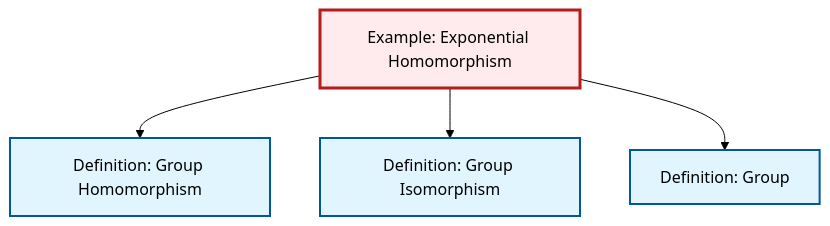
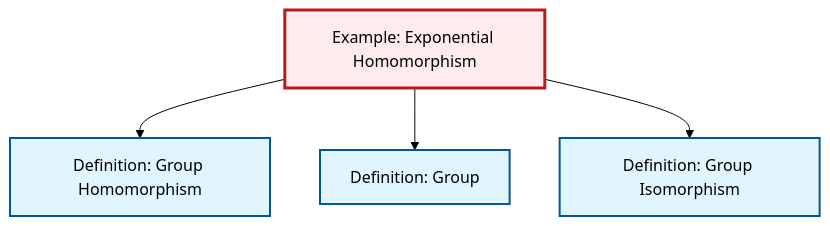
One commit to RK0429/ModernMath changed the diagram in content/ja/algebra/ex-exponential-homomorphism.qmd. Above: the diagram before and after it, drawn with Mermaid (forest theme). The commit also changed other lines of this file and 634 other files, not shown here.

````diff
--- a/content/ja/algebra/ex-exponential-homomorphism.qmd
+++ b/content/ja/algebra/ex-exponential-homomorphism.qmd
@@ -46,20 +46,20 @@
 ```{mermaid}
 %%| fig-cap: "Local dependency graph"
 graph TD
     classDef definition fill:#e1f5fe,stroke:#01579b,stroke-width:2px
     classDef theorem fill:#f3e5f5,stroke:#4a148c,stroke-width:2px
     classDef axiom fill:#fff3e0,stroke:#e65100,stroke-width:2px
     classDef example fill:#e8f5e9,stroke:#1b5e20,stroke-width:2px
     classDef current fill:#ffebee,stroke:#b71c1c,stroke-width:3px
+    def-group["Definition: Group"]:::definition
+    ex-exponential-homomorphism["Example: Exponential Homomorphism"]:::example
     def-isomorphism["Definition: Group Isomorphism"]:::definition
-    ex-exponential-homomorphism["Example: Exponential Homomorphism"]:::example
     def-homomorphism["Definition: Group Homomorphism"]:::definition
-    def-group["Definition: Group"]:::definition
     ex-exponential-homomorphism --> def-homomorphism
+    ex-exponential-homomorphism --> def-group
     ex-exponential-homomorphism --> def-isomorphism
-    ex-exponential-homomorphism --> def-group
     class ex-exponential-homomorphism current
+    click def-group "def-group.html" "Definition: Groupへ"
     click def-isomorphism "def-isomorphism.html" "Definition: Group Isomorphismへ"
     click def-homomorphism "def-homomorphism.html" "Definition: Group Homomorphismへ"
-    click def-group "def-group.html" "Definition: Groupへ"
 ```
````
